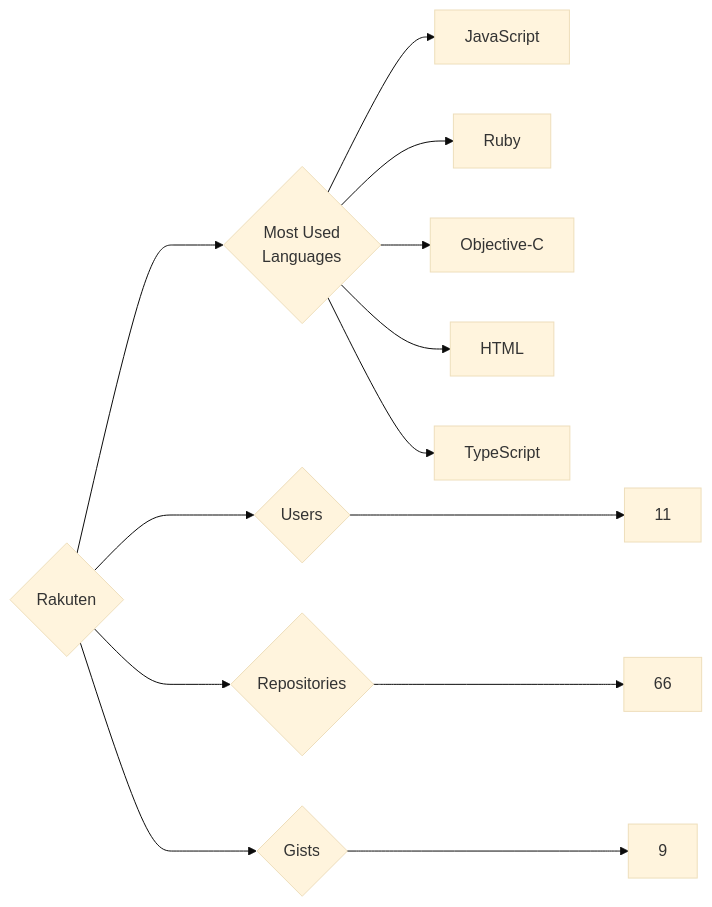
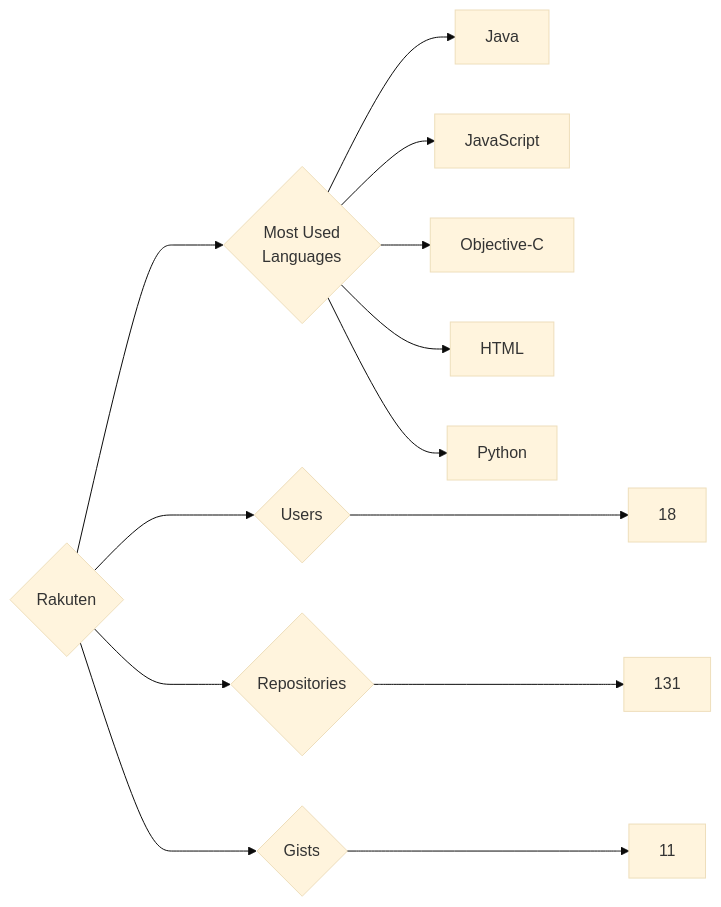
The diagram in targets/Rakuten/README.md (trickest/insiders), drawn with Mermaid (base theme) before and after one commit. The commit also changed 839 other files, not shown here.

````diff
--- a/targets/Rakuten/README.md
+++ b/targets/Rakuten/README.md
@@ -3,13 +3,13 @@
 ```mermaid
 graph LR
 COMPANY_NAME{Rakuten}
-COMPANY_NAME ---> U{Users} ---> UN[11]
-COMPANY_NAME ---> R{Repositories} ---> RN[66]
-COMPANY_NAME ---> G{Gists} ---> GN[9]
+COMPANY_NAME ---> U{Users} ---> UN[18]
+COMPANY_NAME ---> R{Repositories} ---> RN[131]
+COMPANY_NAME ---> G{Gists} ---> GN[11]
 COMPANY_NAME ---> ML{Most Used<br>Languages}
+ML --> Java[Java]
 ML --> JavaScript[JavaScript]
-ML --> Ruby[Ruby]
 ML --> Objective-C[Objective-C]
 ML --> HTML[HTML]
-ML --> TypeScript[TypeScript]
+ML --> Python[Python]
 ```
````
